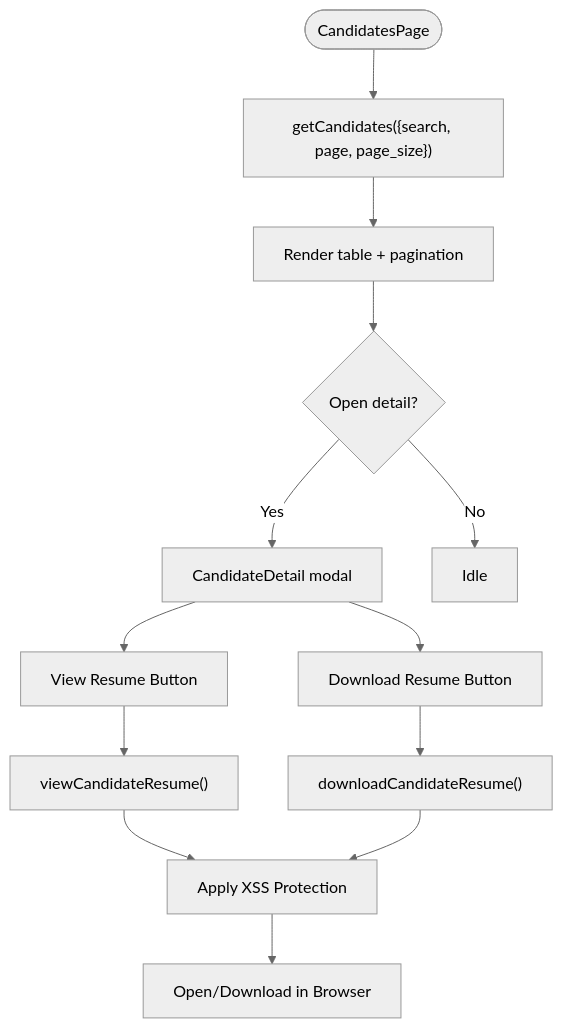
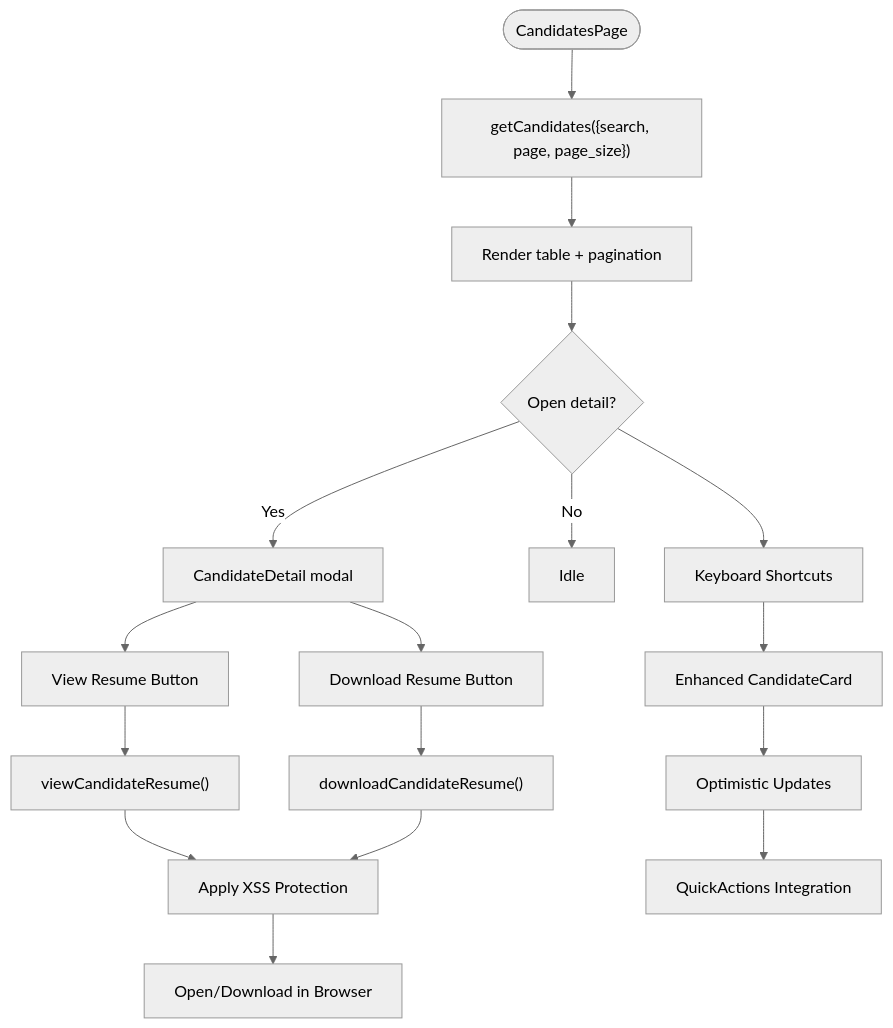
One commit to Revanththetalogics/aireume changed diagram 38 of 45 in .qoder/repowiki/en/content/Frontend Architecture/Frontend Architecture.md. Above: the diagram before and after it, drawn with Mermaid (neutral theme). The commit also changed other lines of this file and 14 other files, not shown here.

````diff
--- a/.qoder/repowiki/en/content/Frontend Architecture/Frontend Architecture.md
+++ b/.qoder/repowiki/en/content/Frontend Architecture/Frontend Architecture.md
@@ -1000,15 +1755,19 @@
 ```mermaid
 flowchart TD
 Start(["CandidatesPage"]) --> Fetch["getCandidates({search, page, page_size})"]
 Fetch --> Render["Render table + pagination"]
 Render --> Detail{"Open detail?"}
 Detail --> |Yes| Modal["CandidateDetail modal"]
 Modal --> ViewBtn["View Resume Button"]
 Modal --> DownloadBtn["Download Resume Button"]
 ViewBtn --> ViewAPI["viewCandidateResume()"]
 DownloadBtn --> DownloadAPI["downloadCandidateResume()"]
 ViewAPI --> SEC["Apply XSS Protection"]
 DownloadAPI --> SEC
 SEC --> Browser["Open/Download in Browser"]
 Detail --> |No| Idle["Idle"]
+Detail --> Keyboard["Keyboard Shortcuts"]
+Keyboard --> CandidateCards["Enhanced CandidateCard"]
+CandidateCards --> Optimistic["Optimistic Updates"]
+Optimistic --> QuickActions["QuickActions Integration"]
 ```
````
